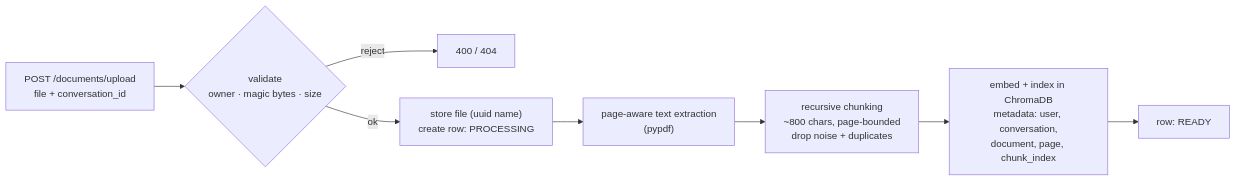
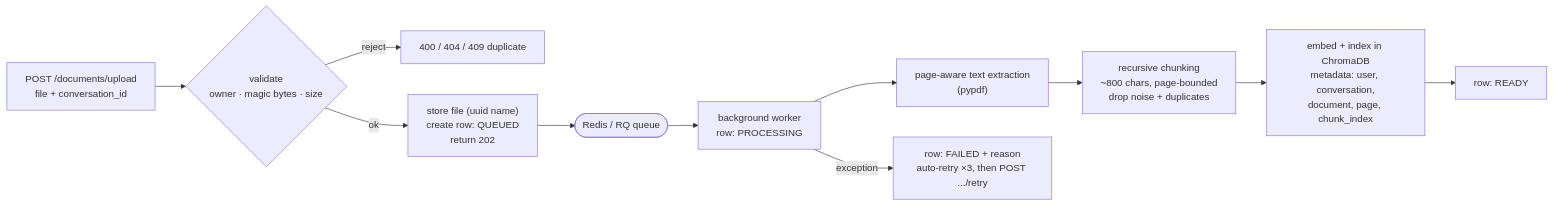
Before and after one commit to Emonemon74/ai-customer-support-platform: the second of 4 diagrams in README.md, drawn with Mermaid. The commit also changed other lines of this file and 10 other files, not shown here.

First line of the commit message:
Add Docker Compose stack (frontend, backend, worker, postgres, redis)

````diff
--- a/README.md
+++ b/README.md
@@ -79,10 +79,13 @@
 ```mermaid
 flowchart LR
     U["POST /documents/upload<br/>file + conversation_id"] --> V{"validate<br/>owner · magic bytes · size"}
-    V -- reject --> E["400 / 404"]
-    V -- ok --> S["store file (uuid name)<br/>create row: PROCESSING"]
-    S --> P["page-aware text extraction<br/>(pypdf)"]
+    V -- reject --> E["400 / 404 / 409 duplicate"]
+    V -- ok --> S["store file (uuid name)<br/>create row: QUEUED<br/>return 202"]
+    S --> Q(["Redis / RQ queue"])
+    Q --> W["background worker<br/>row: PROCESSING"]
+    W --> P["page-aware text extraction<br/>(pypdf)"]
     P --> C["recursive chunking<br/>~800 chars, page-bounded<br/>drop noise + duplicates"]
     C --> EM["embed + index in ChromaDB<br/>metadata: user, conversation,<br/>document, page, chunk_index"]
     EM --> R["row: READY"]
+    W -- exception --> F["row: FAILED + reason<br/>auto-retry ×3, then POST .../retry"]
 ```
````
